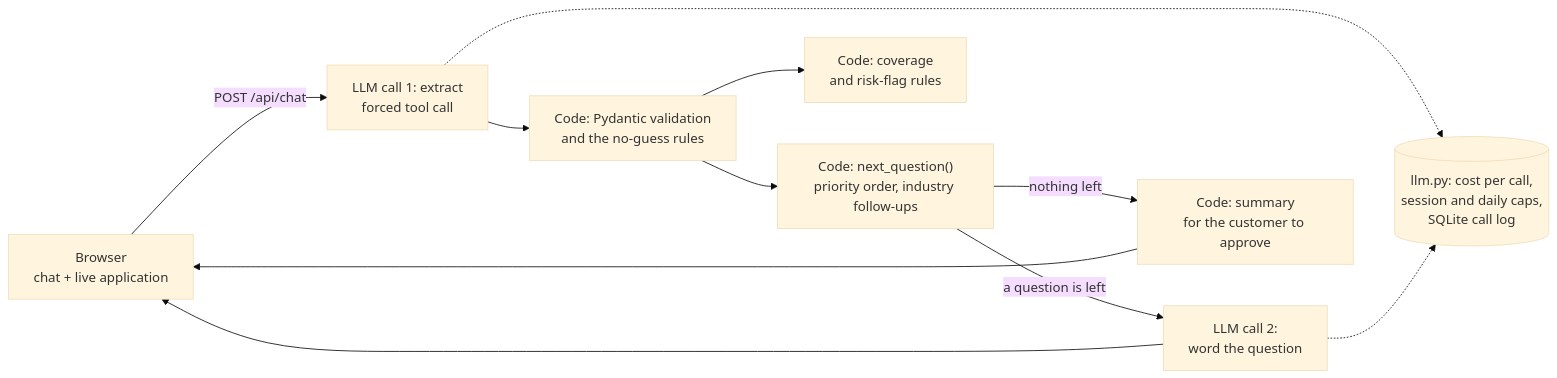
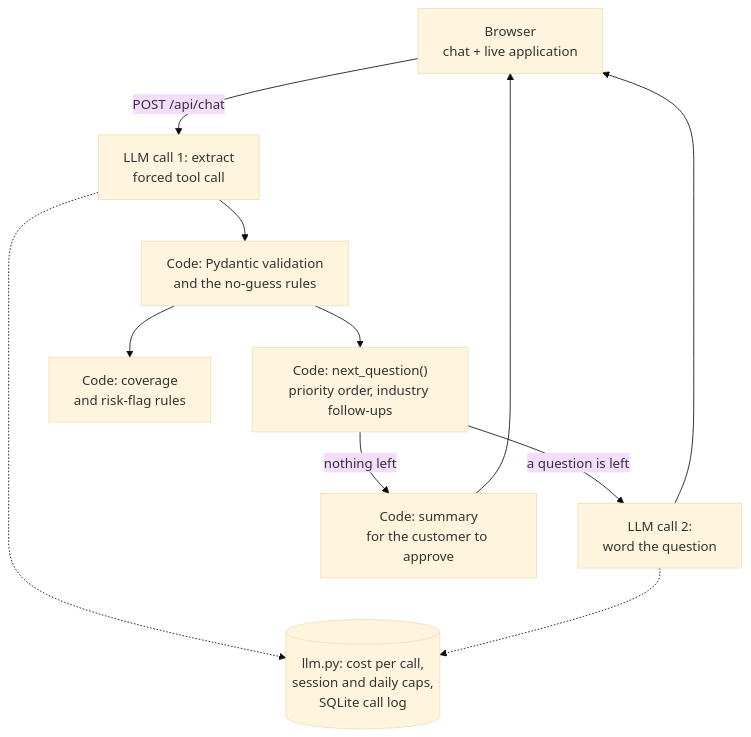
The first of 2 diagrams in README.md (iyerbrah/QuoteRunner), drawn with Mermaid (base theme) before and after one commit.

Commit message:
README: draw the message flow top to bottom so it's readable

````diff
--- a/README.md
+++ b/README.md
@@ -34,12 +34,12 @@
 ```mermaid
-flowchart LR
+flowchart TD
     B["Browser<br/>chat + live application"] -->|POST /api/chat| X["LLM call 1: extract<br/>forced tool call"]
     X --> V["Code: Pydantic validation<br/>and the no-guess rules"]
     V --> N["Code: next_question()<br/>priority order, industry follow-ups"]
     N -->|a question is left| W["LLM call 2:<br/>word the question"]
     N -->|nothing left| S["Code: summary<br/>for the customer to approve"]
     V --> R["Code: coverage<br/>and risk-flag rules"]
     W --> B
     S --> B
     X & W -.-> L[("llm.py: cost per call,<br/>session and daily caps,<br/>SQLite call log")]
 ```
````
